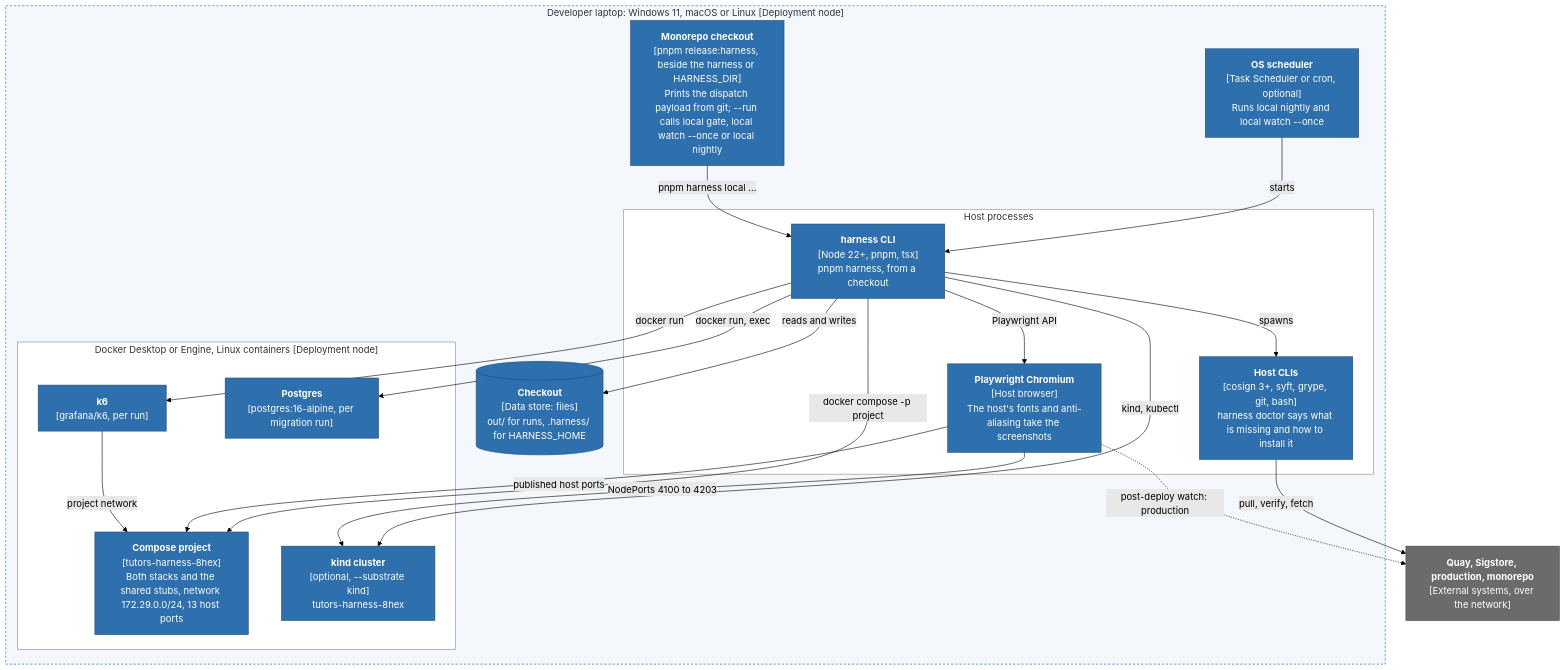
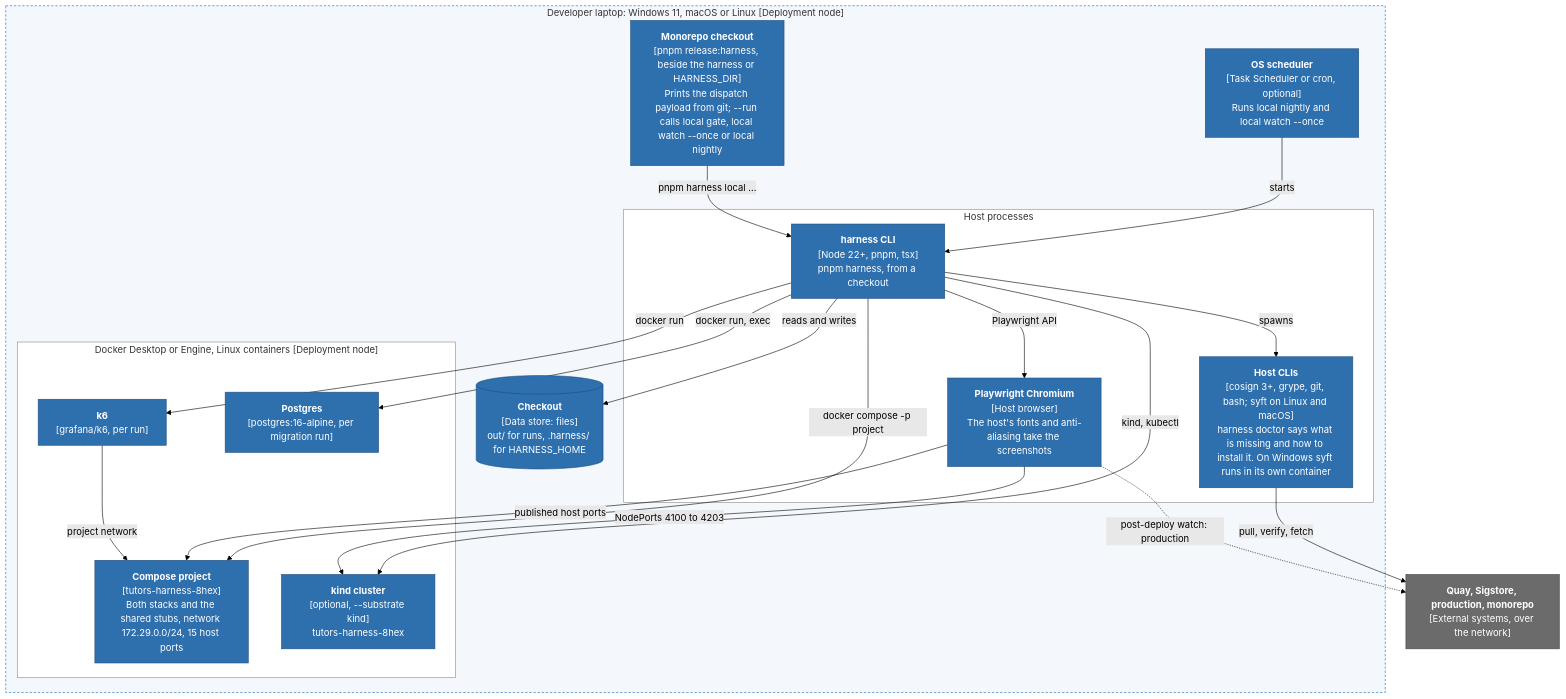
One commit to tutors-sdk/tutors-release-harness changed the first of 3 diagrams in docs/architecture/05-deployment.md. Above: the diagram before and after it, drawn with Mermaid (forest theme). The commit also changed other lines of this file and 6 other files, not shown here.

First line of the commit message:
Architecture docs: bring the C4 set up to harness 1.4.1 and the merged monorepo work

````diff
--- a/docs/architecture/05-deployment.md
+++ b/docs/architecture/05-deployment.md
@@ -22,42 +22,42 @@
 ```mermaid
 flowchart TB
   subgraph laptop["Developer laptop: Windows 11, macOS or Linux [Deployment node]"]
     subgraph host["Host processes"]
       cli["<b>harness CLI</b><br/>[Node 22+, pnpm, tsx]<br/>pnpm harness, from a checkout"]:::container
       chromium["<b>Playwright Chromium</b><br/>[Host browser]<br/>The host's fonts and anti-aliasing take the screenshots"]:::container
-      tools["<b>Host CLIs</b><br/>[cosign 3+, syft, grype, git, bash]<br/>harness doctor says what is missing and how to install it"]:::container
+      tools["<b>Host CLIs</b><br/>[cosign 3+, grype, git, bash; syft on Linux and macOS]<br/>harness doctor says what is missing and how to install it. On Windows syft runs in its own container"]:::container
     end
     subgraph docker["Docker Desktop or Engine, Linux containers [Deployment node]"]
-      stacks["<b>Compose project</b><br/>[tutors-harness-8hex]<br/>Both stacks and the shared stubs, network 172.29.0.0/24, 13 host ports"]:::container
+      stacks["<b>Compose project</b><br/>[tutors-harness-8hex]<br/>Both stacks and the shared stubs, network 172.29.0.0/24, 15 host ports"]:::container
       k6["<b>k6</b><br/>[grafana/k6, per run]"]:::container
       pg["<b>Postgres</b><br/>[postgres:16-alpine, per migration run]"]:::container
       kind["<b>kind cluster</b><br/>[optional, --substrate kind]<br/>tutors-harness-8hex"]:::container
     end
     checkout[("<b>Checkout</b><br/>[Data store: files]<br/>out/ for runs, .harness/ for HARNESS_HOME")]:::store
     monoc["<b>Monorepo checkout</b><br/>[pnpm release:harness, beside the harness or HARNESS_DIR]<br/>Prints the dispatch payload from git; --run calls local gate, local watch --once or local nightly"]:::container
     sched["<b>OS scheduler</b><br/>[Task Scheduler or cron, optional]<br/>Runs local nightly and local watch --once"]:::container
   end
   net["<b>Quay, Sigstore, production, monorepo</b><br/>[External systems, over the network]"]:::ext
 
   cli -->|"docker compose -p project"| stacks
   cli -->|"docker run"| k6
   cli -->|"docker run, exec"| pg
   cli -->|"kind, kubectl"| kind
   cli -->|"Playwright API"| chromium
   cli -->|"spawns"| tools
   chromium -->|"published host ports"| stacks
   chromium -->|"NodePorts 4100 to 4203"| kind
   k6 -->|"project network"| stacks
   cli -->|"reads and writes"| checkout
   sched -->|"starts"| cli
   monoc -->|"pnpm harness local ..."| cli
   tools -->|"pull, verify, fetch"| net
   chromium -.->|"post-deploy watch: production"| net
 
   classDef container fill:#2e6fae,stroke:#1f4d7a,color:#ffffff
   classDef store fill:#2e6fae,stroke:#1f4d7a,color:#ffffff
   classDef ext fill:#6b6b6b,stroke:#444444,color:#ffffff
   style laptop fill:#f4f8fc,stroke:#1168bd,stroke-dasharray:4 3
   style host fill:#ffffff,stroke:#8a8a8a
   style docker fill:#ffffff,stroke:#8a8a8a
 ```
````
